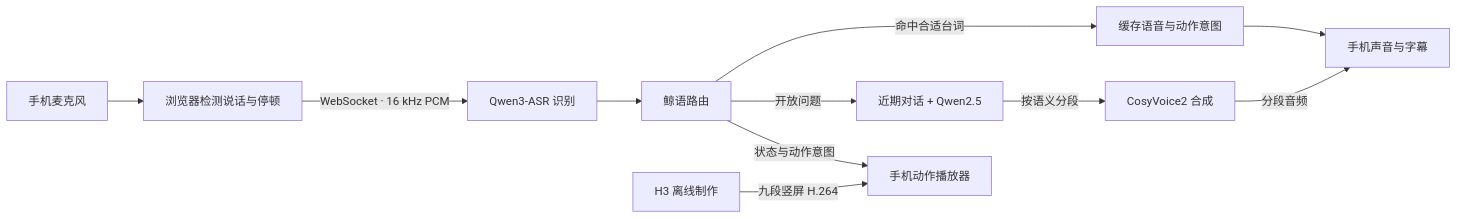
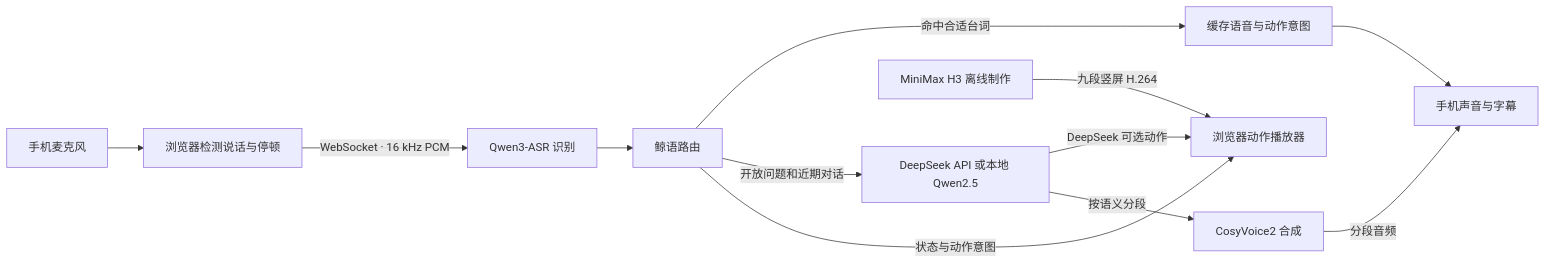
One commit to InariNGT-Ofiicial/jingyu-digital-human changed the diagram in README.md. Above: the diagram before and after it, drawn with Mermaid. The commit also changed other lines of this file and 7 other files, not shown here.

Commit message:
Connect the phone controller to DeepSeek and document MiniMax H3

````diff
--- a/README.md
+++ b/README.md
@@ -37,13 +37,14 @@
 ```mermaid
 flowchart LR
   mic["手机麦克风"] --> vad["浏览器检测说话与停顿"]
   vad -->|"WebSocket · 16 kHz PCM"| asr["Qwen3-ASR 识别"]
   asr --> route["鲸语路由"]
   route -->|"命中合适台词"| bank["缓存语音与动作意图"]
-  route -->|"开放问题"| llm["近期对话 + Qwen2.5"]
+  route -->|"开放问题和近期对话"| llm["DeepSeek API 或本地 Qwen2.5"]
+  llm -->|"DeepSeek 可选动作"| player["浏览器动作播放器"]
   llm -->|"按语义分段"| voice["CosyVoice2 合成"]
   bank --> phone["手机声音与字幕"]
   voice -->|"分段音频"| phone
-  h3["H3 离线制作"] -->|"九段竖屏 H.264"| player["手机动作播放器"]
+  h3["MiniMax H3 离线制作"] -->|"九段竖屏 H.264"| player
   route -->|"状态与动作意图"| player
 ```
````
